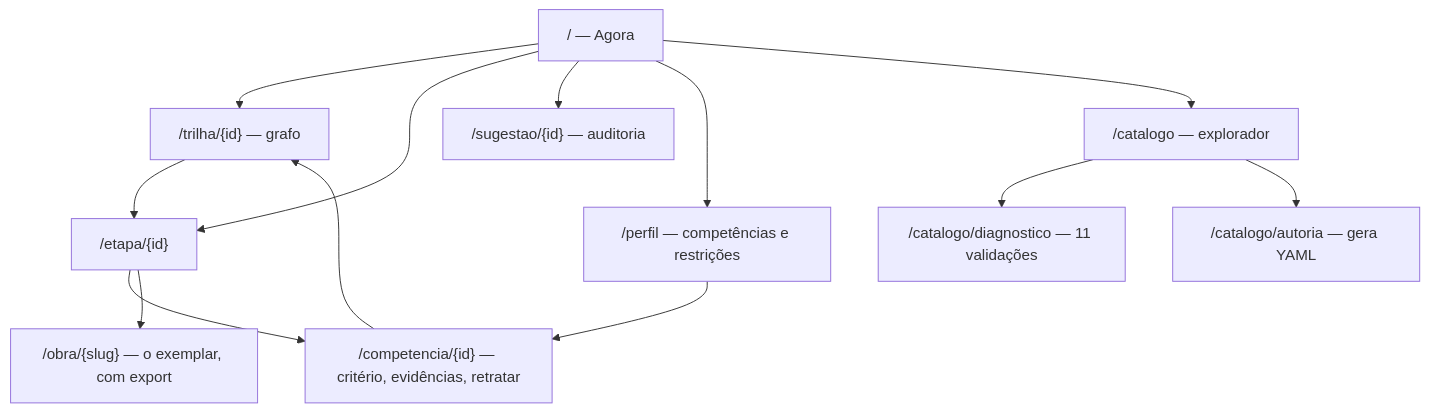
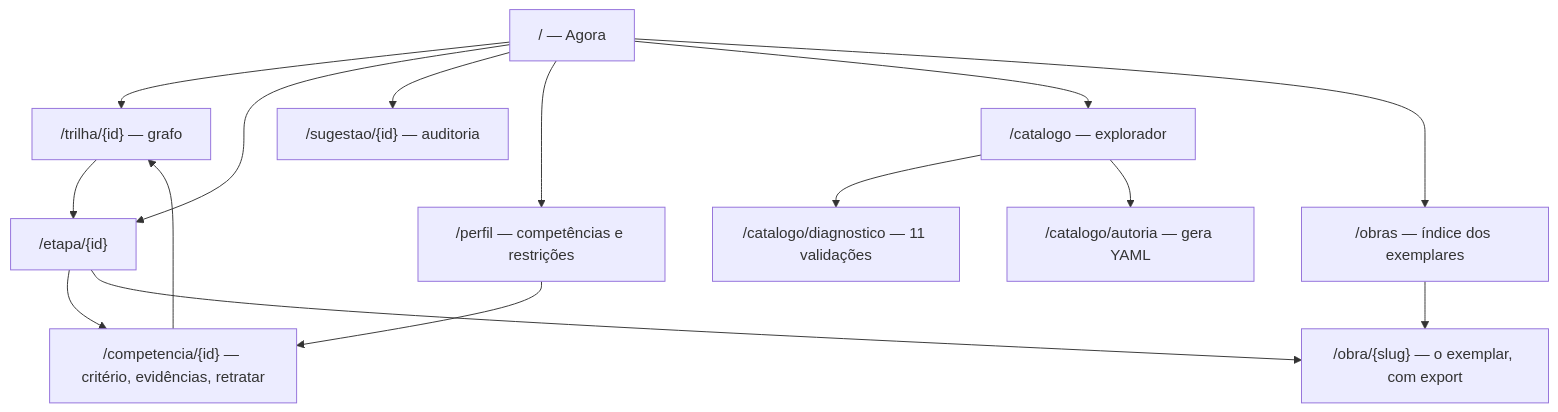
One commit to mpbarbosa/trilhas_estudos changed the second of 2 diagrams in docs/interface.md. Above: the diagram before and after it, drawn with Mermaid. The commit also changed other lines of this file and 8 other files, not shown here.

````diff
--- a/docs/interface.md
+++ b/docs/interface.md
@@ -294,15 +294,17 @@
 ```mermaid
 flowchart TD
     A["/ — Agora"] --> B["/trilha/{id} — grafo"]
     A --> C["/etapa/{id}"]
     A --> E["/sugestao/{id} — auditoria"]
     B --> C
     C --> F["/competencia/{id} — critério, evidências, retratar"]
     A --> G["/perfil — competências e restrições"]
     G --> F
     A --> H["/catalogo — explorador"]
     H --> I["/catalogo/diagnostico — 11 validações"]
     H --> J["/catalogo/autoria — gera YAML"]
     C --> K["/obra/{slug} — o exemplar, com export"]
+    A --> L["/obras — índice dos exemplares"]
+    L --> K
     F --> B
 ```
````
